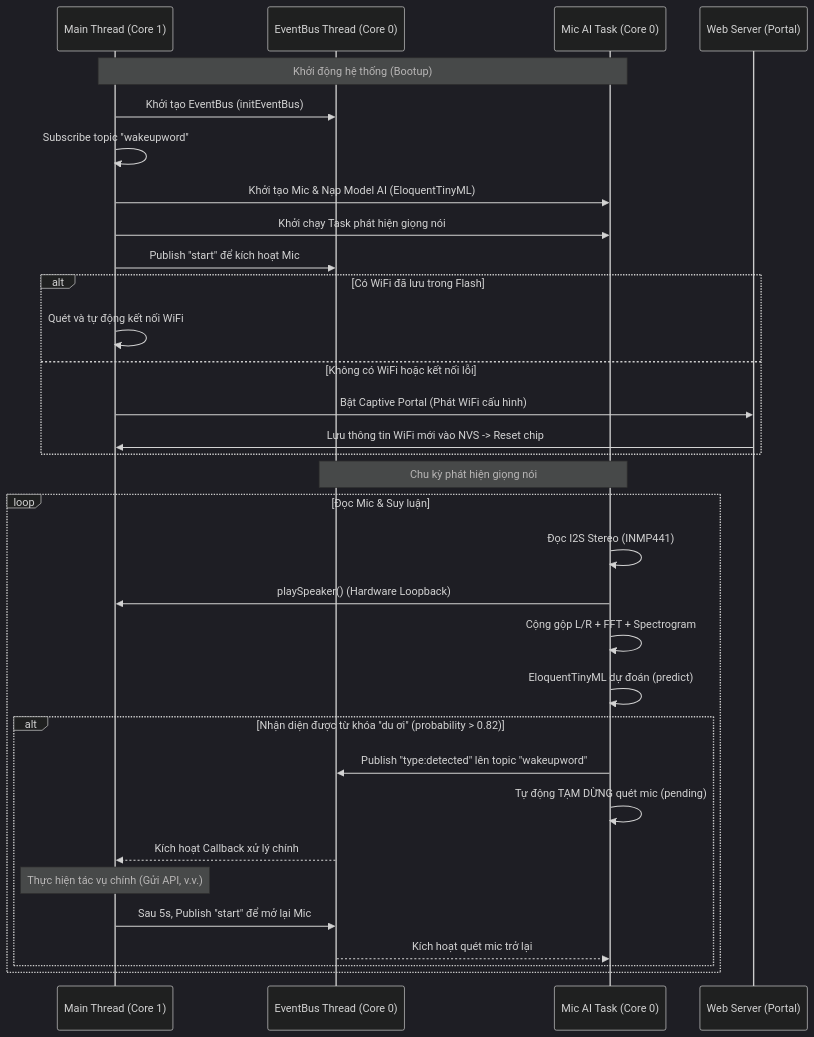
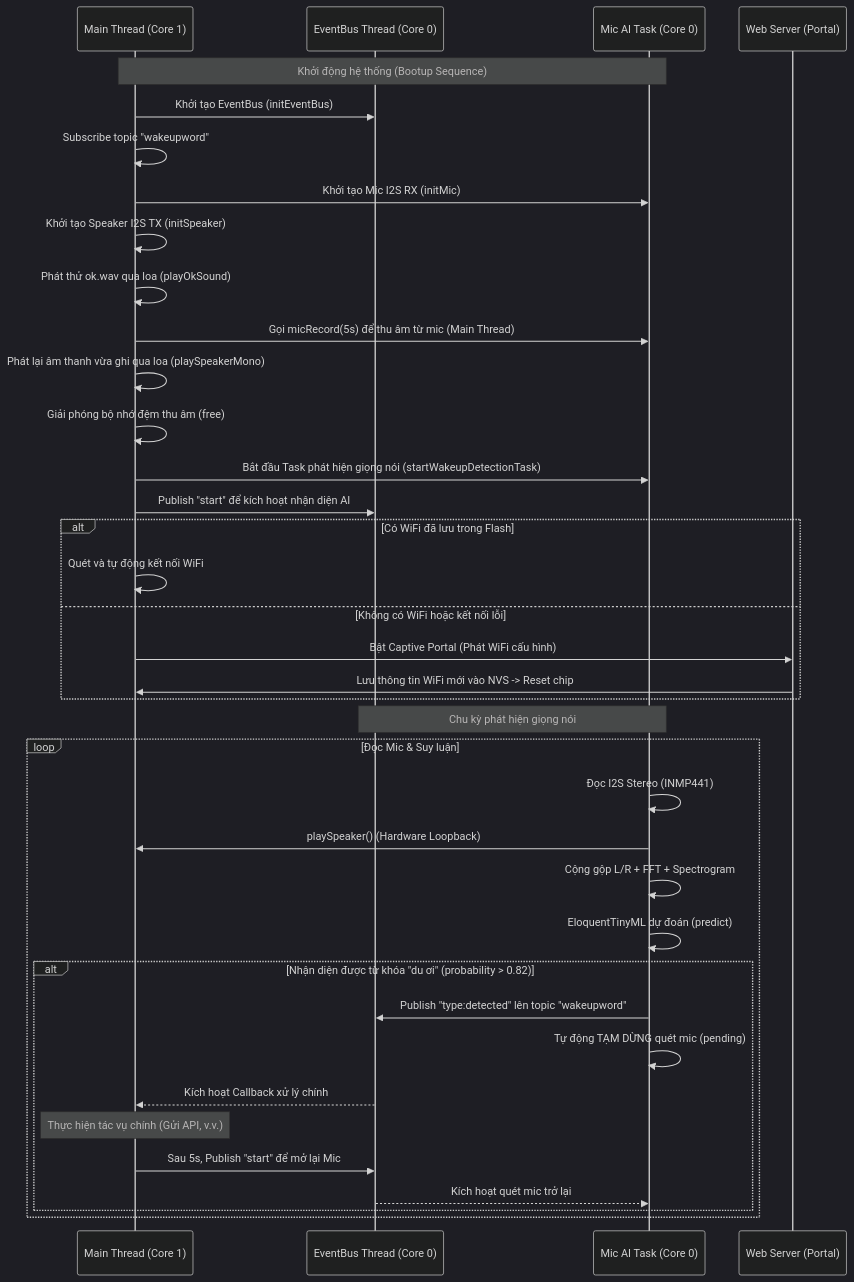
The diagram in esp32/howtodo.md (badpaybad/a.i-assistant-chatbot-telegram-serverles), drawn with Mermaid (dark theme) before and after one commit. The commit also changed other lines of this file and 5 other files, not shown here.

Commit message:
thu âm và phát lại

````diff
--- a/esp32/howtodo.md
+++ b/esp32/howtodo.md
@@ -25,37 +25,42 @@
 ```mermaid
 sequenceDiagram
     participant Main as Main Thread (Core 1)
     participant Bus as EventBus Thread (Core 0)
     participant Mic as Mic AI Task (Core 0)
     participant Web as Web Server (Portal)
 
-    Note over Main, Mic: Khởi động hệ thống (Bootup)
+    Note over Main, Mic: Khởi động hệ thống (Bootup Sequence)
     Main->>Bus: Khởi tạo EventBus (initEventBus)
     Main->>Main: Subscribe topic "wakeupword"
-    Main->>Mic: Khởi tạo Mic & Nạp Model AI (EloquentTinyML)
-    Main->>Mic: Khởi chạy Task phát hiện giọng nói
-    Main->>Bus: Publish "start" để kích hoạt Mic
+    Main->>Mic: Khởi tạo Mic I2S RX (initMic)
+    Main->>Main: Khởi tạo Speaker I2S TX (initSpeaker)
+    Main->>Main: Phát thử ok.wav qua loa (playOkSound)
+    Main->>Mic: Gọi micRecord(5s) để thu âm từ mic (Main Thread)
+    Main->>Main: Phát lại âm thanh vừa ghi qua loa (playSpeakerMono)
+    Main->>Main: Giải phóng bộ nhớ đệm thu âm (free)
+    Main->>Mic: Bắt đầu Task phát hiện giọng nói (startWakeupDetectionTask)
+    Main->>Bus: Publish "start" để kích hoạt nhận diện AI
 
     alt Có WiFi đã lưu trong Flash
         Main->>Main: Quét và tự động kết nối WiFi
     else Không có WiFi hoặc kết nối lỗi
         Main->>Web: Bật Captive Portal (Phát WiFi cấu hình)
         Web->>Main: Lưu thông tin WiFi mới vào NVS -> Reset chip
     end
 
     Note over Mic, Bus: Chu kỳ phát hiện giọng nói
     loop Đọc Mic & Suy luận
         Mic->>Mic: Đọc I2S Stereo (INMP441)
         Mic->>Main: playSpeaker() (Hardware Loopback)
         Mic->>Mic: Cộng gộp L/R + FFT + Spectrogram
         Mic->>Mic: EloquentTinyML dự đoán (predict)
         alt Nhận diện được từ khóa "du ơi" (probability > 0.82)
             Mic->>Bus: Publish "type:detected" lên topic "wakeupword"
             Mic->>Mic: Tự động TẠM DỪNG quét mic (pending)
             Bus-->>Main: Kích hoạt Callback xử lý chính
             Note over Main: Thực hiện tác vụ chính (Gửi API, v.v.)
             Main->>Bus: Sau 5s, Publish "start" để mở lại Mic
             Bus-->>Mic: Kích hoạt quét mic trở lại
         end
     end
 ```
````
